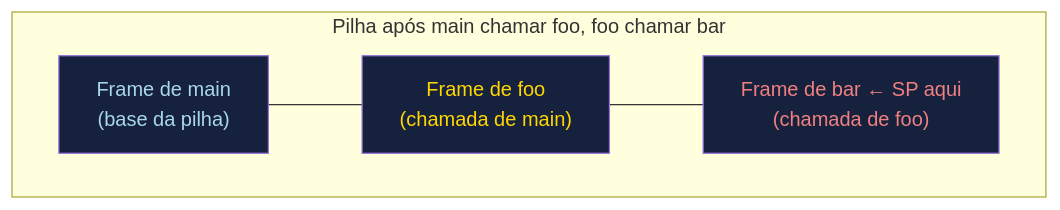
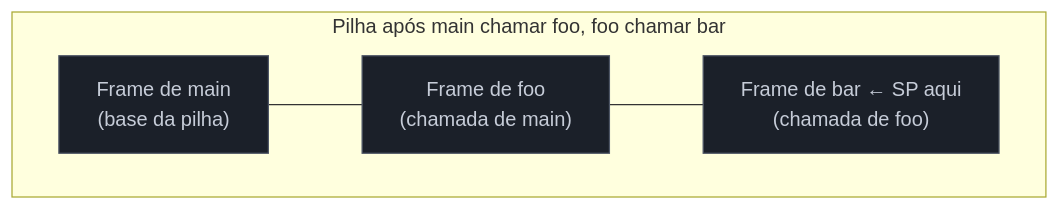
The second of 5 diagrams in 03-Dominios/Ciência/Compiladores e Linguagens/15 - Runtime, stack frames e gestão de memória.md (josenaldo/codex-technomanticus), drawn with Mermaid before and after one commit. The commit also changed other lines of this file and 1181 other files, not shown here.

First line of the commit message:
fix(diagramas): paleta do sistema no lugar de cor cravada no markdown

````diff
--- a/03-Dominios/Ciência/Compiladores e Linguagens/15 - Runtime, stack frames e gestão de memória.md
+++ b/03-Dominios/Ciência/Compiladores e Linguagens/15 - Runtime, stack frames e gestão de memória.md
@@ -103,13 +105,14 @@
 ```mermaid
 graph TD
+    classDef neutro fill:#1B2029,stroke:#4E5666,color:#C6CCD8
     subgraph "Pilha após main chamar foo, foo chamar bar"
         F1["Frame de main\n(base da pilha)"]
         F2["Frame de foo\n(chamada de main)"]
         F3["Frame de bar ← SP aqui\n(chamada de foo)"]
     end
     F1 --- F2 --- F3
 
-    style F1 fill:#16213e,color:#a8d8ea
-    style F2 fill:#16213e,color:#ffd700
-    style F3 fill:#16213e,color:#f08080
+    class F1 neutro
+    class F2 neutro
+    class F3 neutro
 ```
````
